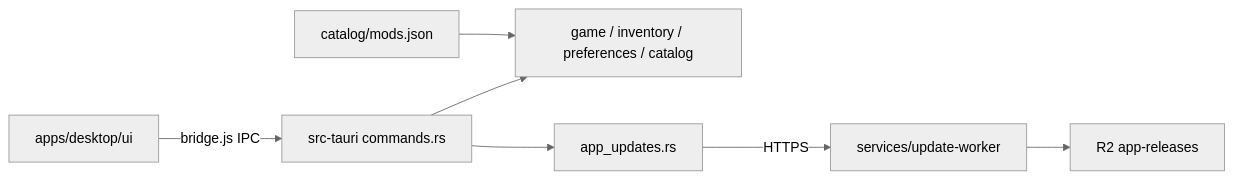
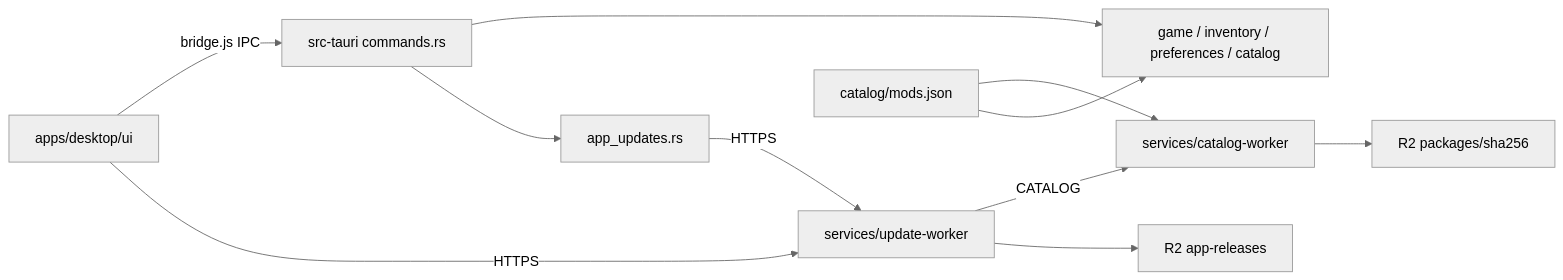
One commit to 1140691970/machine-party-mod-manager-kang changed the diagram in docs/en/architecture/README.md. Above: the diagram before and after it, drawn with Mermaid (neutral theme). The commit also changed other lines of this file and 26 other files, not shown here.

````diff
--- a/docs/en/architecture/README.md
+++ b/docs/en/architecture/README.md
@@ -9,9 +9,13 @@
 ```mermaid
 flowchart LR
   ui["apps/desktop/ui"] -->|"bridge.js IPC"| commands["src-tauri commands.rs"]
   commands --> domain["game / inventory / preferences / catalog"]
+  ui -->|HTTPS| worker
+  worker -->|CATALOG| catalogWorker["services/catalog-worker"]
+  catalogWorker --> packages["R2 packages/sha256"]
+  catalogData --> catalogWorker
   catalogData["catalog/mods.json"] --> domain
   commands --> updater["app_updates.rs"]
   updater -->|HTTPS| worker["services/update-worker"]
   worker --> r2["R2 app-releases"]
 ```
````
